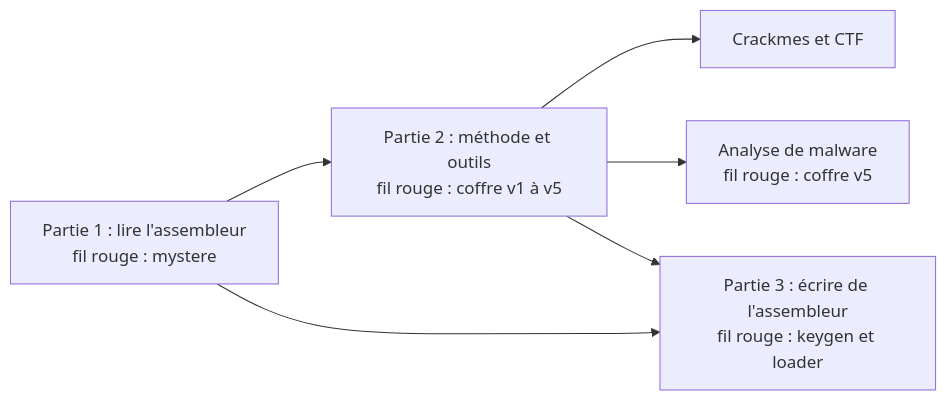
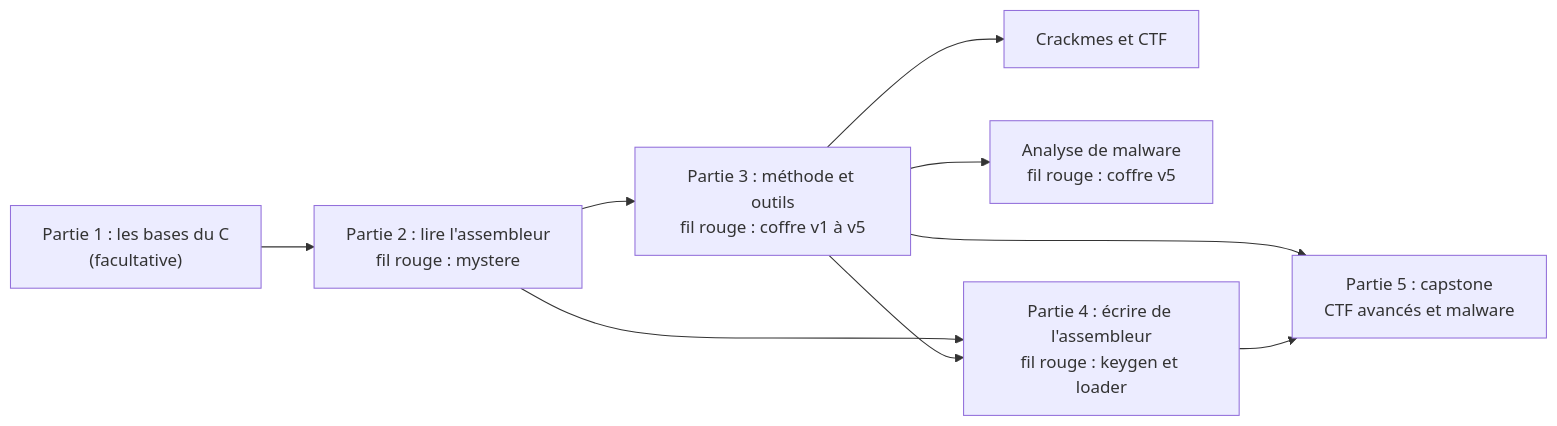
One commit to cchopin/asm-to-reverse changed the diagram in docs/README.md. Above: the diagram before and after it, drawn with Mermaid. The commit also changed other lines of this file and 59 other files, not shown here.

````diff
--- a/docs/README.md
+++ b/docs/README.md
@@ -18,8 +19,11 @@
 ```mermaid
 flowchart LR
-    A["Partie 1 : lire l'assembleur<br/>fil rouge : mystere"] --> B["Partie 2 : méthode et outils<br/>fil rouge : coffre v1 à v5"]
+    Z["Partie 1 : les bases du C<br/>(facultative)"] --> A["Partie 2 : lire l'assembleur<br/>fil rouge : mystere"]
+    A --> B["Partie 3 : méthode et outils<br/>fil rouge : coffre v1 à v5"]
     B --> C["Crackmes et CTF"]
     B --> D["Analyse de malware<br/>fil rouge : coffre v5"]
-    A --> E["Partie 3 : écrire de l'assembleur<br/>fil rouge : keygen et loader"]
+    A --> E["Partie 4 : écrire de l'assembleur<br/>fil rouge : keygen et loader"]
     B --> E
+    B --> F["Partie 5 : capstone<br/>CTF avancés et malware"]
+    E --> F
 ```
````
